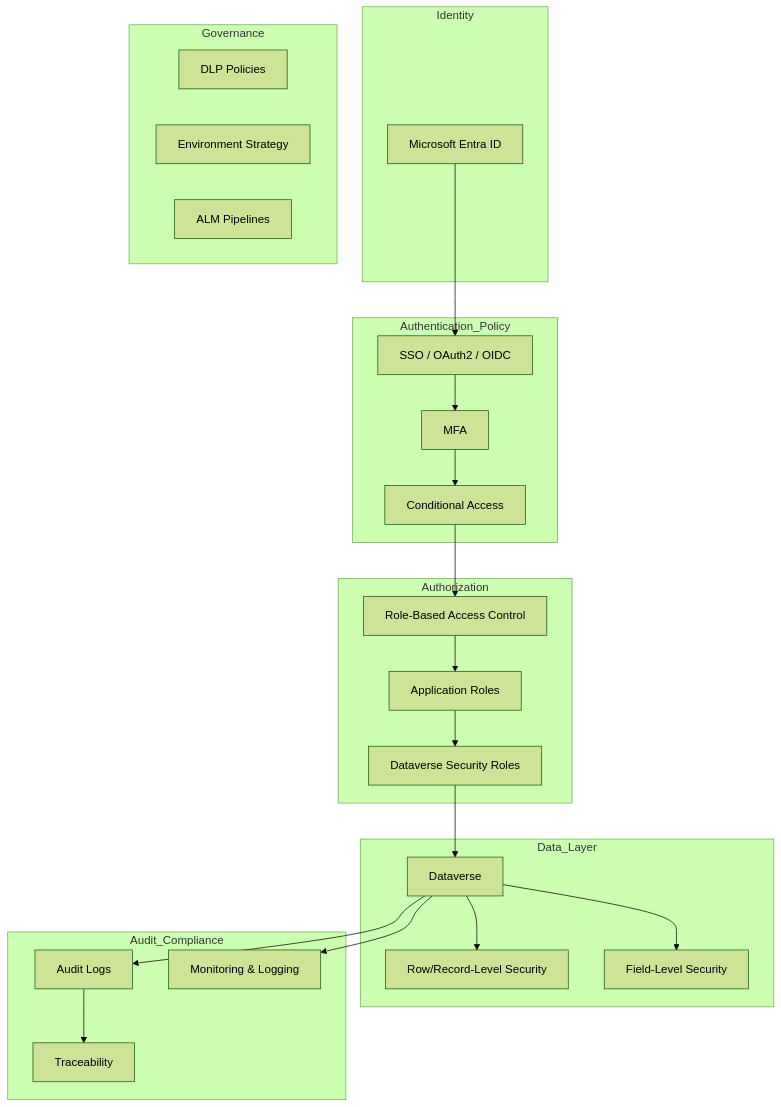
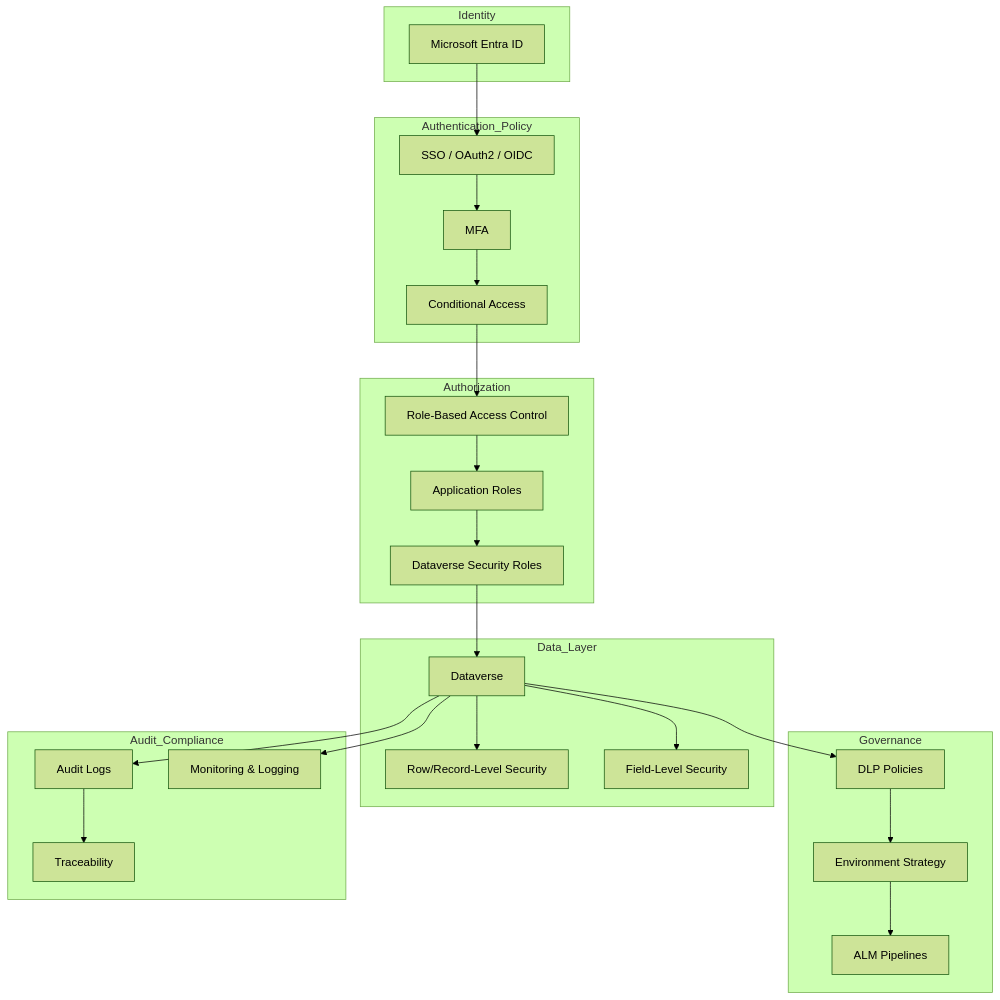
Before and after one commit to rzamperlini/rzamperlini: the diagram in src/data-security.md, drawn with Mermaid (forest theme).

Commit message:
Reformat data-security.md with proper markdown

````diff
--- a/src/data-security.md
+++ b/src/data-security.md
@@ -23,59 +23,64 @@
 ```mermaid
 flowchart TD
 
     subgraph Identity
         ENTRA[Microsoft Entra ID]
     end
 
     subgraph Authentication_Policy
         AUTH[SSO / OAuth2 / OIDC]
         MFA[MFA]
         CA[Conditional Access]
     end
 
     subgraph Authorization
         RBAC[Role-Based Access Control]
         APPROLE[Application Roles]
         DVROLE[Dataverse Security Roles]
     end
 
     subgraph Data_Layer
         DV[Dataverse]
         RLS[Row/Record-Level Security]
         FLS[Field-Level Security]
     end
 
     subgraph Governance
         DLP[DLP Policies]
         ENV[Environment Strategy]
         ALM[ALM Pipelines]
     end
 
     subgraph Audit_Compliance
         AUDIT[Audit Logs]
         TRACE[Traceability]
         MON[Monitoring & Logging]
     end
 
     %% Identity → Authentication
     ENTRA --> AUTH
     AUTH --> MFA
     MFA --> CA
 
     %% Authentication → Authorization
     CA --> RBAC
 
     %% Authorization → Application
     RBAC --> APPROLE
     APPROLE --> DVROLE
 
     %% Authorization → Data
     DVROLE --> DV
     DV --> RLS
     DV --> FLS
 
     %% Data → Audit
     DV --> AUDIT
     AUDIT --> TRACE
     DV --> MON
+
+    %% Data → Governance
+    DV --> DLP
+    DLP --> ENV
+    ENV --> ALM
 ```
````
